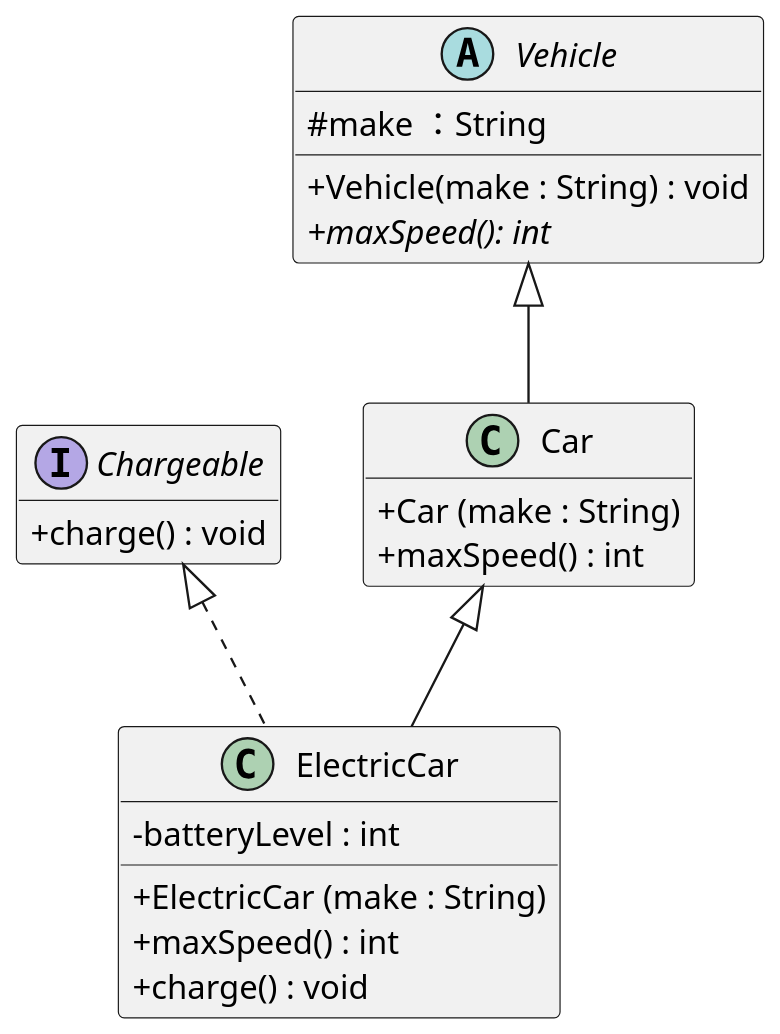
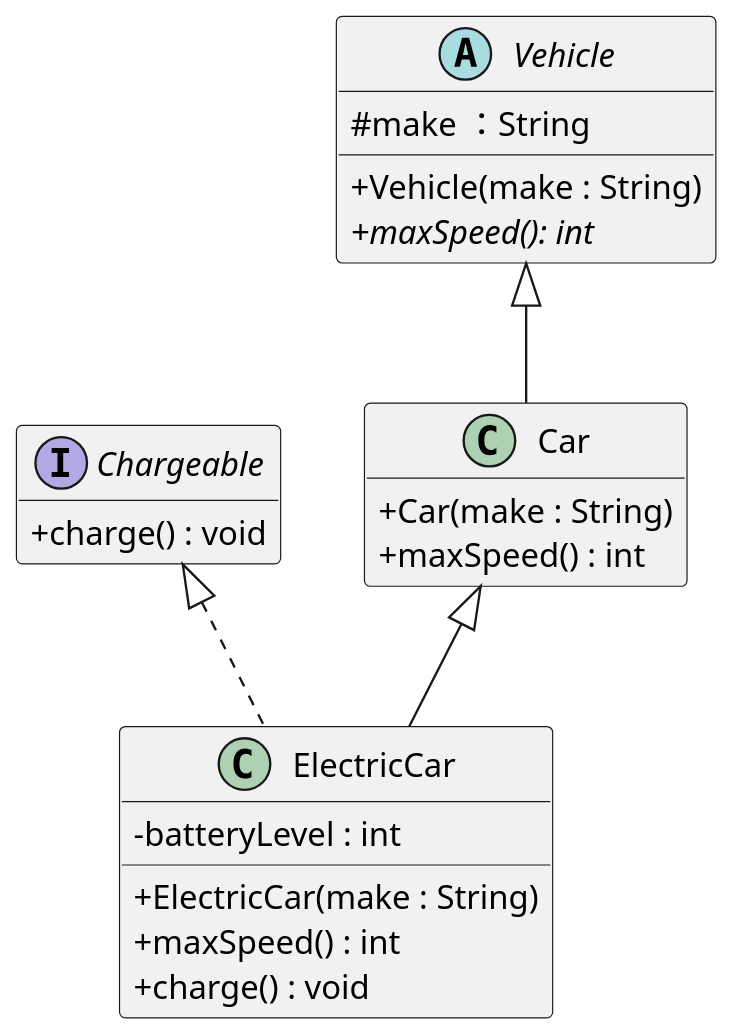
Before and after one commit to simZ-045/207-course-notes: the diagram in plantuml/exercises/vehicles-uml-starter.puml, drawn with PlantUML. The commit also changed 1 other file, not shown here.

Commit message:
Even more fixes - UML and format

```diff
--- a/plantuml/exercises/vehicles-uml-starter.puml
+++ b/plantuml/exercises/vehicles-uml-starter.puml
@@ -1,45 +1,45 @@
 @startuml
 skinparam dpi 150
 skinparam classAttributeIconSize 0
 hide empty members
 
 ' Your task (Chapter 3, Question 2): draw the UML class diagram for the
 ' Vehicle / Car / ElectricCar / Chargeable code.
 '
 ' Define each type as a box, then connect them with the right arrows. One box
 ' (Chargeable) is filled in as an example — complete the other three and add the
 ' relationships.
 '
 ' PlantUML cheat-sheet:
 '   interface Name { + method() : Type }
 '   abstract class Name { # field : Type }
 '   class Name { - field : Type }
 '   Parent    <|-- Child    ' generalization: Child extends Parent
 '   Interface <|.. Class    ' realization:    Class implements Interface
 ' (Putting the parent/interface on the LEFT of the arrow keeps it on top.)
 
 interface Chargeable {
   + charge() : void
 }
 
 abstract class Vehicle {
  # make ：String
- + Vehicle(make : String) : void
+ + Vehicle(make : String)
  + maxSpeed(): int {abstract}
 }
 class Car{
- + Car (make : String)
+ + Car(make : String)
  + maxSpeed() : int
 }
 class ElectricCar{
  - batteryLevel : int
- + ElectricCar (make : String)
+ + ElectricCar(make : String)
  + maxSpeed() : int
  + charge() : void
 }
 
 Vehicle <|-- Car
 Car <|-- ElectricCar
 Chargeable <|.. ElectricCar
 
 @enduml
```
